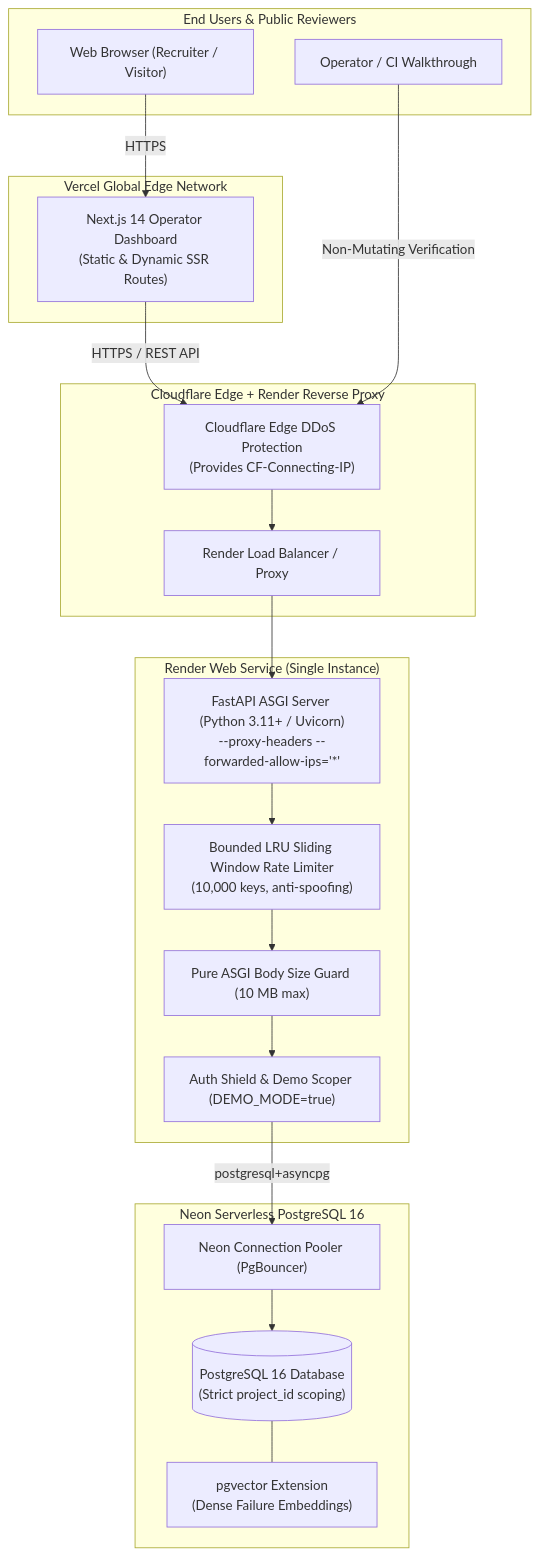
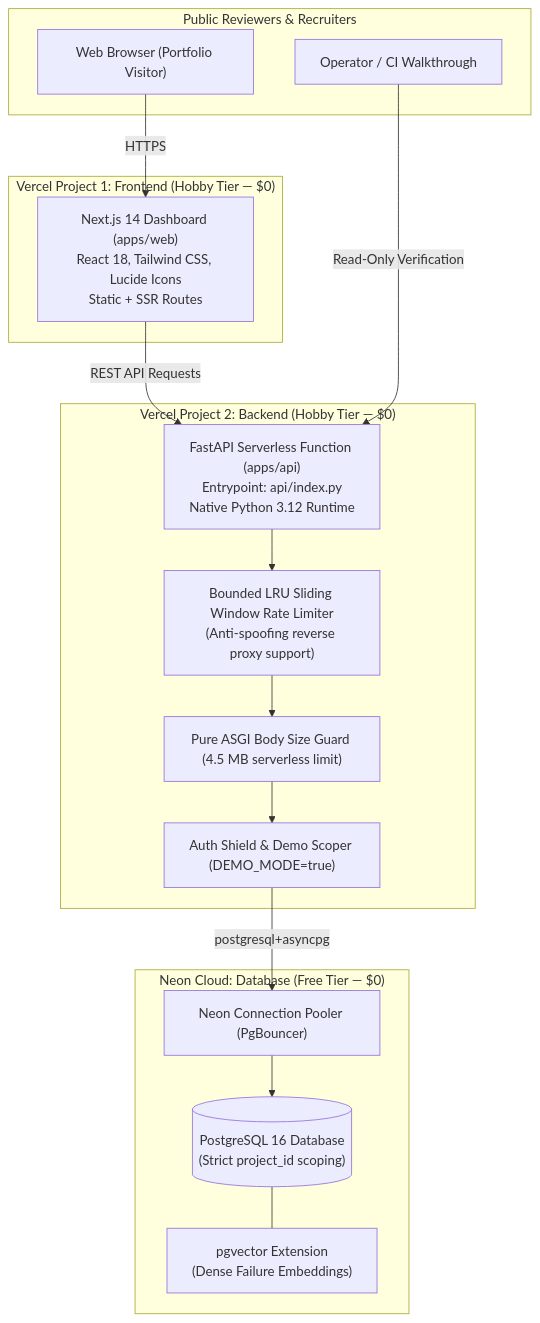
The diagram in docs/DEPLOYMENT_RUNBOOK.md (priyanshu150106/TraceHarbor---AI-AGENT-INTELLIGENCE-PLATFORM), drawn with Mermaid before and after one commit. The commit also changed other lines of this file and 13 other files, not shown here.

Commit message:
feat(deploy): configure zero-cost Vercel serverless deployment and resolve CI lint/collection issues

````diff
--- a/docs/DEPLOYMENT_RUNBOOK.md
+++ b/docs/DEPLOYMENT_RUNBOOK.md
@@ -17,39 +19,32 @@
 ```mermaid
 flowchart TD
-    subgraph Users["End Users & Public Reviewers"]
-        Browser["Web Browser (Recruiter / Visitor)"]
+    subgraph PublicUsers["Public Reviewers & Recruiters"]
+        Browser["Web Browser (Portfolio Visitor)"]
         Tester["Operator / CI Walkthrough"]
     end
 
-    subgraph VercelEdge["Vercel Global Edge Network"]
-        VercelApp["Next.js 14 Operator Dashboard<br/>(Static & Dynamic SSR Routes)"]
+    subgraph VercelFrontend["Vercel Project 1: Frontend (Hobby Tier — $0)"]
+        NextJS["Next.js 14 Dashboard (apps/web)<br/>React 18, Tailwind CSS, Lucide Icons<br/>Static + SSR Routes"]
     end
 
-    subgraph CloudflareRender["Cloudflare Edge + Render Reverse Proxy"]
-        WAF["Cloudflare Edge DDoS Protection<br/>(Provides CF-Connecting-IP)"]
-        LoadBalancer["Render Load Balancer / Proxy"]
-    end
-
-    subgraph RenderBackend["Render Web Service (Single Instance)"]
-        FastAPI["FastAPI ASGI Server (Python 3.11+ / Uvicorn)<br/>--proxy-headers --forwarded-allow-ips='*'"]
-        RateLimiter["Bounded LRU Sliding Window Rate Limiter<br/>(10,000 keys, anti-spoofing)"]
-        BodyGuard["Pure ASGI Body Size Guard (10 MB max)"]
+    subgraph VercelBackend["Vercel Project 2: Backend (Hobby Tier — $0)"]
+        VercelPython["FastAPI Serverless Function (apps/api)<br/>Entrypoint: api/index.py<br/>Native Python 3.12 Runtime"]
+        RateLimiter["Bounded LRU Sliding Window Rate Limiter<br/>(Anti-spoofing reverse proxy support)"]
+        BodyGuard["Pure ASGI Body Size Guard (4.5 MB serverless limit)"]
         AuthShield["Auth Shield & Demo Scoper (DEMO_MODE=true)"]
     end
 
-    subgraph NeonCloud["Neon Serverless PostgreSQL 16"]
+    subgraph NeonCloud["Neon Cloud: Database (Free Tier — $0)"]
         PgPooler["Neon Connection Pooler (PgBouncer)"]
         PostgresDB[("PostgreSQL 16 Database<br/>(Strict project_id scoping)")]
         PgVectorExt["pgvector Extension<br/>(Dense Failure Embeddings)"]
     end
 
-    Browser -->|HTTPS| VercelApp
-    VercelApp -->|HTTPS / REST API| WAF
-    Tester -->|Non-Mutating Verification| WAF
-    WAF --> LoadBalancer
-    LoadBalancer --> FastAPI
-    FastAPI --> RateLimiter --> BodyGuard --> AuthShield
+    Browser -->|HTTPS| NextJS
+    NextJS -->|REST API Requests| VercelPython
+    Tester -->|Read-Only Verification| VercelPython
+    VercelPython --> RateLimiter --> BodyGuard --> AuthShield
     AuthShield -->|postgresql+asyncpg| PgPooler
     PgPooler --> PostgresDB
     PostgresDB --- PgVectorExt
 ```
````
